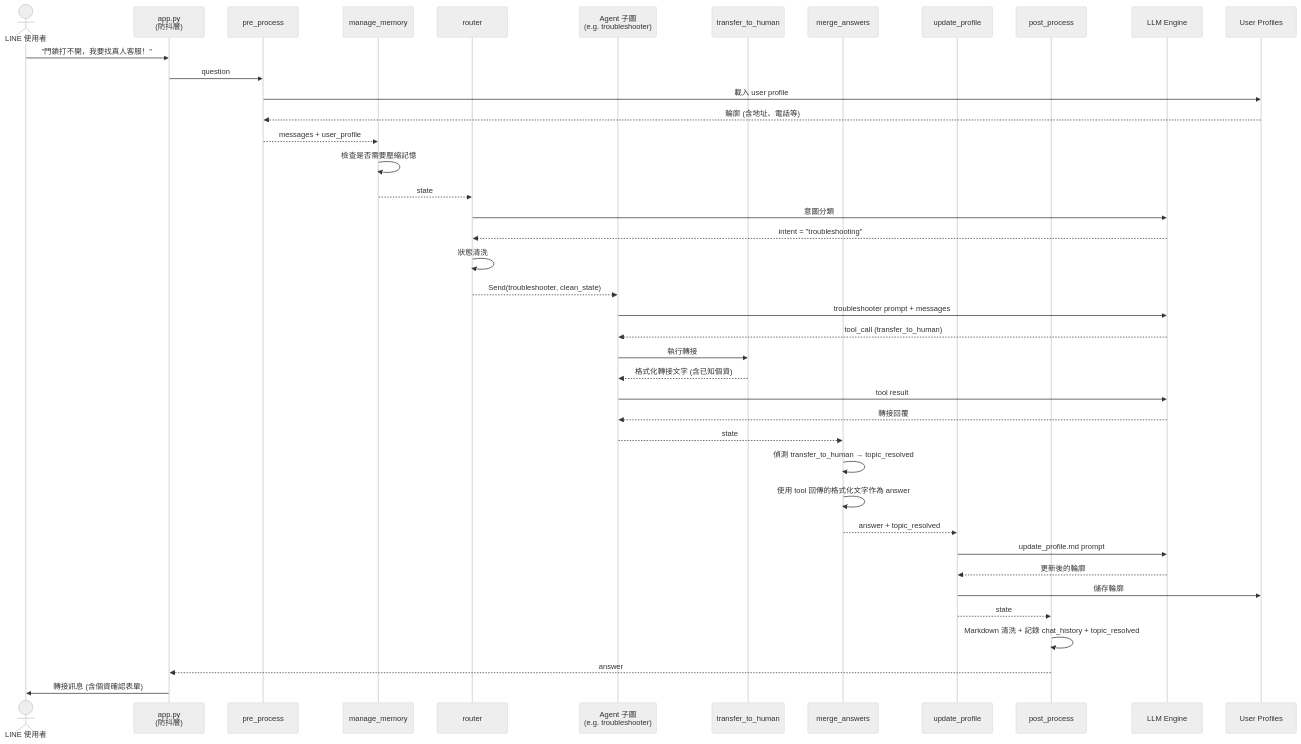
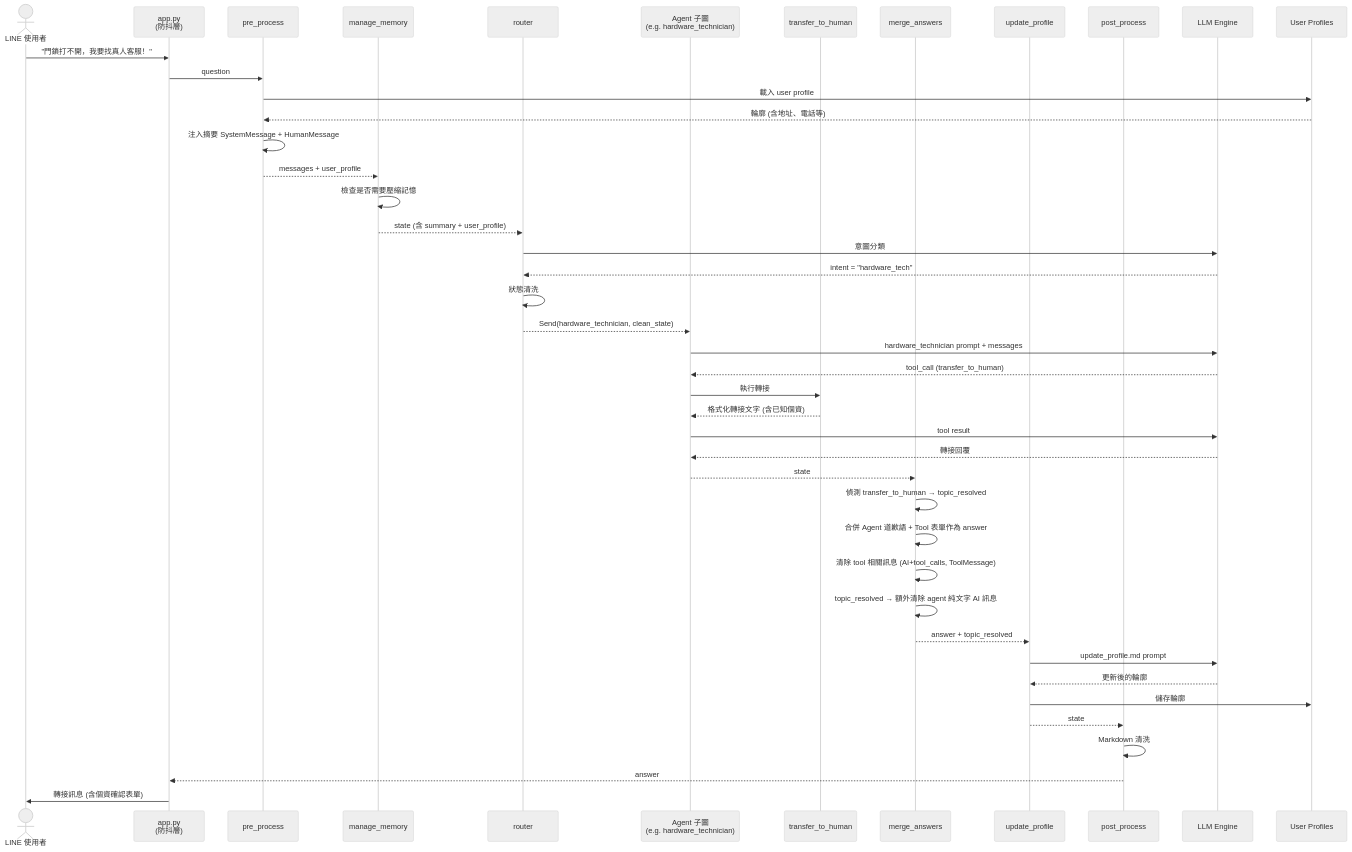
The fifth of 5 diagrams in agent/docs/manuals/系統架構與流程圖.md (sunnyDataScience/Smart-Lock_AI_Support_Service_Dispatch_SaaS_Platform), drawn with Mermaid (neutral theme) before and after one commit. The commit also changed other lines of this file and 79 other files, not shown here.

````diff
--- a/agent/docs/manuals/系統架構與流程圖.md
+++ b/agent/docs/manuals/系統架構與流程圖.md
@@ -305,51 +395,54 @@
 ```mermaid
 sequenceDiagram
     actor User as LINE 使用者
     participant App as app.py<br/>(防抖層)
     participant PP as pre_process
     participant MM as manage_memory
     participant RT as router
-    participant Agent as Agent 子圖<br/>(e.g. troubleshooter)
+    participant Agent as Agent 子圖<br/>(e.g. hardware_technician)
     participant Tool as transfer_to_human
     participant MA as merge_answers
     participant UP as update_profile
     participant Post as post_process
     participant LLM as LLM Engine
     participant Profile as User Profiles
 
     User->>App: "門鎖打不開，我要找真人客服！"
     App->>PP: question
 
     PP->>Profile: 載入 user profile
     Profile-->>PP: 輪廓 (含地址、電話等)
+    PP->>PP: 注入摘要 SystemMessage + HumanMessage
     PP-->>MM: messages + user_profile
 
     MM->>MM: 檢查是否需要壓縮記憶
-    MM-->>RT: state
+    MM-->>RT: state (含 summary + user_profile)
 
     RT->>LLM: 意圖分類
-    LLM-->>RT: intent = "troubleshooting"
+    LLM-->>RT: intent = "hardware_tech"
     RT->>RT: 狀態清洗
-    RT-->>Agent: Send(troubleshooter, clean_state)
+    RT-->>Agent: Send(hardware_technician, clean_state)
 
-    Agent->>LLM: troubleshooter prompt + messages
+    Agent->>LLM: hardware_technician prompt + messages
     LLM-->>Agent: tool_call (transfer_to_human)
     Agent->>Tool: 執行轉接
     Tool-->>Agent: 格式化轉接文字 (含已知個資)
     Agent->>LLM: tool result
     LLM-->>Agent: 轉接回覆
 
     Agent-->>MA: state
     MA->>MA: 偵測 transfer_to_human → topic_resolved
-    MA->>MA: 使用 tool 回傳的格式化文字作為 answer
+    MA->>MA: 合併 Agent 道歉語 + Tool 表單作為 answer
+    MA->>MA: 清除 tool 相關訊息 (AI+tool_calls, ToolMessage)
+    MA->>MA: topic_resolved → 額外清除 agent 純文字 AI 訊息
 
     MA-->>UP: answer + topic_resolved
     UP->>LLM: update_profile.md prompt
     LLM-->>UP: 更新後的輪廓
     UP->>Profile: 儲存輪廓
 
     UP-->>Post: state
-    Post->>Post: Markdown 清洗 + 記錄 chat_history + topic_resolved
+    Post->>Post: Markdown 清洗
     Post-->>App: answer
     App->>User: 轉接訊息 (含個資確認表單)
 ```
````
